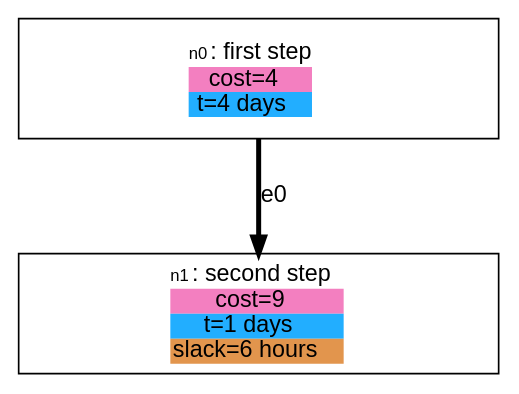
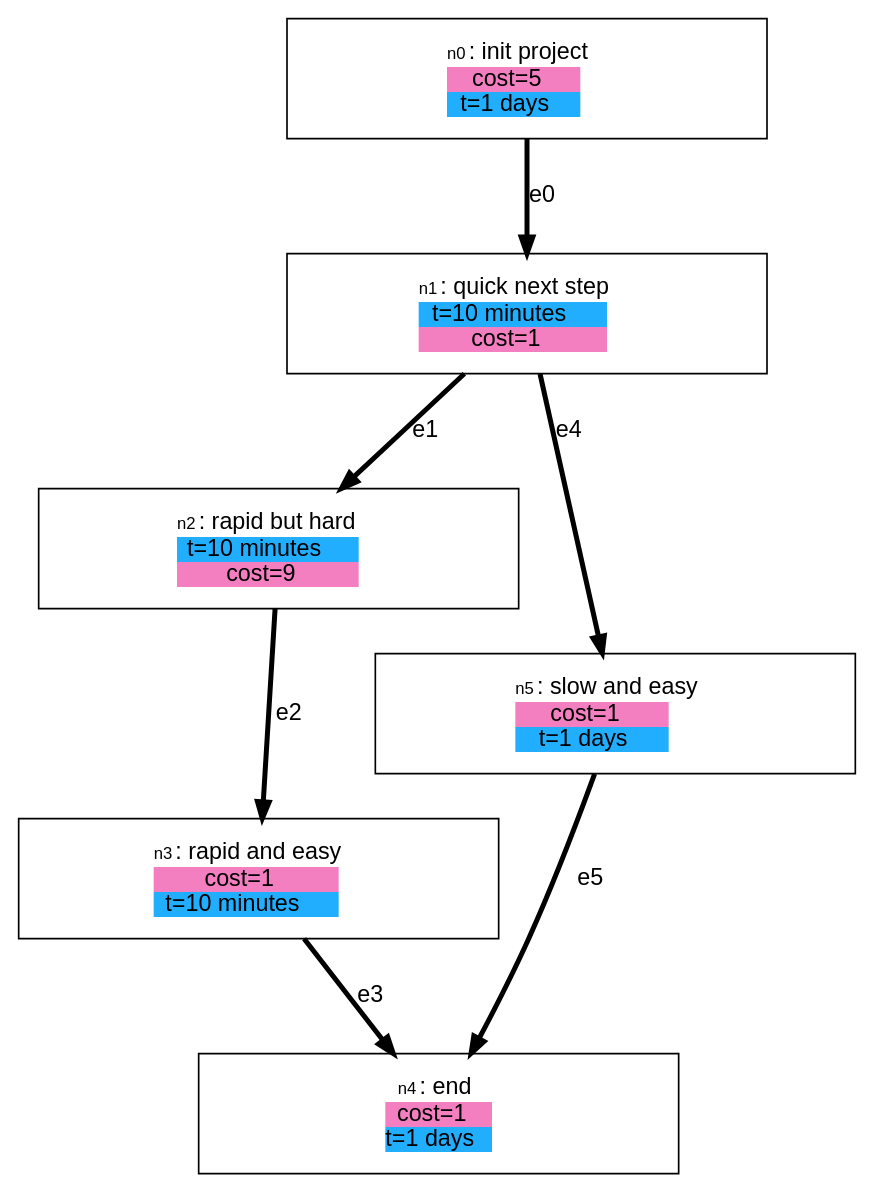
The diagram in examples/variables.dot (stevecooperorg/microdot), drawn with Graphviz before and after one commit. The commit also changed 10 other files, not shown here.

```diff
--- a/examples/variables.dot
+++ b/examples/variables.dot
@@ -1,48 +1,117 @@
 digraph {
 
     graph [fontname = "helvetica" rankdir="TB" ranksep=0.75 nodesep=0.5];
     node [fontname = "helvetica" shape = "box" width=2.5 style=filled];
     edge [fontname = "helvetica" penwidth=3 color="#000000"];
 
     n0 [width=4 height=1 label=< <TABLE BORDER="0" CELLPADDING="0" CELLSPACING="0">
     <TR>
-        <TD COLSPAN="2"><FONT POINT-SIZE="10">n0</FONT>: first step</TD>
+        <TD COLSPAN="2"><FONT POINT-SIZE="10">n0</FONT>: init project</TD>
     </TR>
     
         
            <TR>
-<TD BGCOLOR="#F37FC0"><FONT COLOR="#000000">cost=4</FONT></TD>
+<TD BGCOLOR="#F37FC0"><FONT COLOR="#000000">cost=5</FONT></TD>
 </TR>
         
            <TR>
-<TD BGCOLOR="#22AEFF"><FONT COLOR="#000000">t=4 days</FONT></TD>
+<TD BGCOLOR="#22AEFF"><FONT COLOR="#000000">t=1 days</FONT></TD>
 </TR>
         
     
    </TABLE>
 > fillcolor="#FFFFFF"]
     n1 [width=4 height=1 label=< <TABLE BORDER="0" CELLPADDING="0" CELLSPACING="0">
     <TR>
-        <TD COLSPAN="3"><FONT POINT-SIZE="10">n1</FONT>: second step</TD>
+        <TD COLSPAN="2"><FONT POINT-SIZE="10">n1</FONT>: quick next step</TD>
     </TR>
     
         
            <TR>
+<TD BGCOLOR="#22AEFF"><FONT COLOR="#000000">t=10 minutes</FONT></TD>
+</TR>
+        
+           <TR>
+<TD BGCOLOR="#F37FC0"><FONT COLOR="#000000">cost=1</FONT></TD>
+</TR>
+        
+    
+   </TABLE>
+> fillcolor="#FFFFFF"]
+    n2 [width=4 height=1 label=< <TABLE BORDER="0" CELLPADDING="0" CELLSPACING="0">
+    <TR>
+        <TD COLSPAN="2"><FONT POINT-SIZE="10">n2</FONT>: rapid but hard</TD>
+    </TR>
+    
+        
+           <TR>
+<TD BGCOLOR="#22AEFF"><FONT COLOR="#000000">t=10 minutes</FONT></TD>
+</TR>
+        
+           <TR>
 <TD BGCOLOR="#F37FC0"><FONT COLOR="#000000">cost=9</FONT></TD>
+</TR>
+        
+    
+   </TABLE>
+> fillcolor="#FFFFFF"]
+    n3 [width=4 height=1 label=< <TABLE BORDER="0" CELLPADDING="0" CELLSPACING="0">
+    <TR>
+        <TD COLSPAN="2"><FONT POINT-SIZE="10">n3</FONT>: rapid and easy</TD>
+    </TR>
+    
+        
+           <TR>
+<TD BGCOLOR="#F37FC0"><FONT COLOR="#000000">cost=1</FONT></TD>
+</TR>
+        
+           <TR>
+<TD BGCOLOR="#22AEFF"><FONT COLOR="#000000">t=10 minutes</FONT></TD>
+</TR>
+        
+    
+   </TABLE>
+> fillcolor="#FFFFFF"]
+    n4 [width=4 height=1 label=< <TABLE BORDER="0" CELLPADDING="0" CELLSPACING="0">
+    <TR>
+        <TD COLSPAN="2"><FONT POINT-SIZE="10">n4</FONT>: end</TD>
+    </TR>
+    
+        
+           <TR>
+<TD BGCOLOR="#F37FC0"><FONT COLOR="#000000">cost=1</FONT></TD>
 </TR>
         
            <TR>
 <TD BGCOLOR="#22AEFF"><FONT COLOR="#000000">t=1 days</FONT></TD>
 </TR>
         
+    
+   </TABLE>
+> fillcolor="#FFFFFF"]
+    n5 [width=4 height=1 label=< <TABLE BORDER="0" CELLPADDING="0" CELLSPACING="0">
+    <TR>
+        <TD COLSPAN="2"><FONT POINT-SIZE="10">n5</FONT>: slow and easy</TD>
+    </TR>
+    
+        
            <TR>
-<TD BGCOLOR="#E2954D"><FONT COLOR="#000000">slack=6 hours</FONT></TD>
+<TD BGCOLOR="#F37FC0"><FONT COLOR="#000000">cost=1</FONT></TD>
+</TR>
+        
+           <TR>
+<TD BGCOLOR="#22AEFF"><FONT COLOR="#000000">t=1 days</FONT></TD>
 </TR>
         
     
    </TABLE>
 > fillcolor="#FFFFFF"]
 
     "n0" -> "n1" [label="e0"];
+    "n1" -> "n2" [label="e1"];
+    "n2" -> "n3" [label="e2"];
+    "n3" -> "n4" [label="e3"];
+    "n1" -> "n5" [label="e4"];
+    "n5" -> "n4" [label="e5"];
 
 }
```
